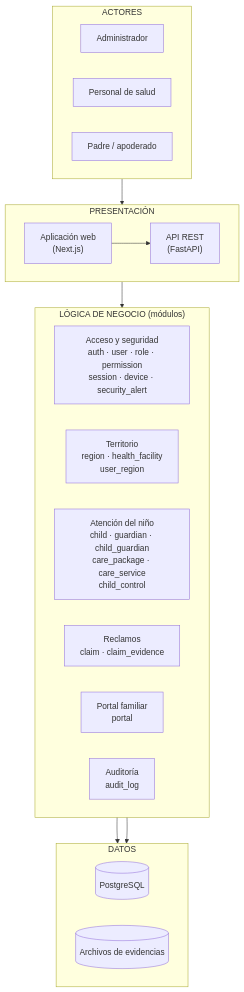
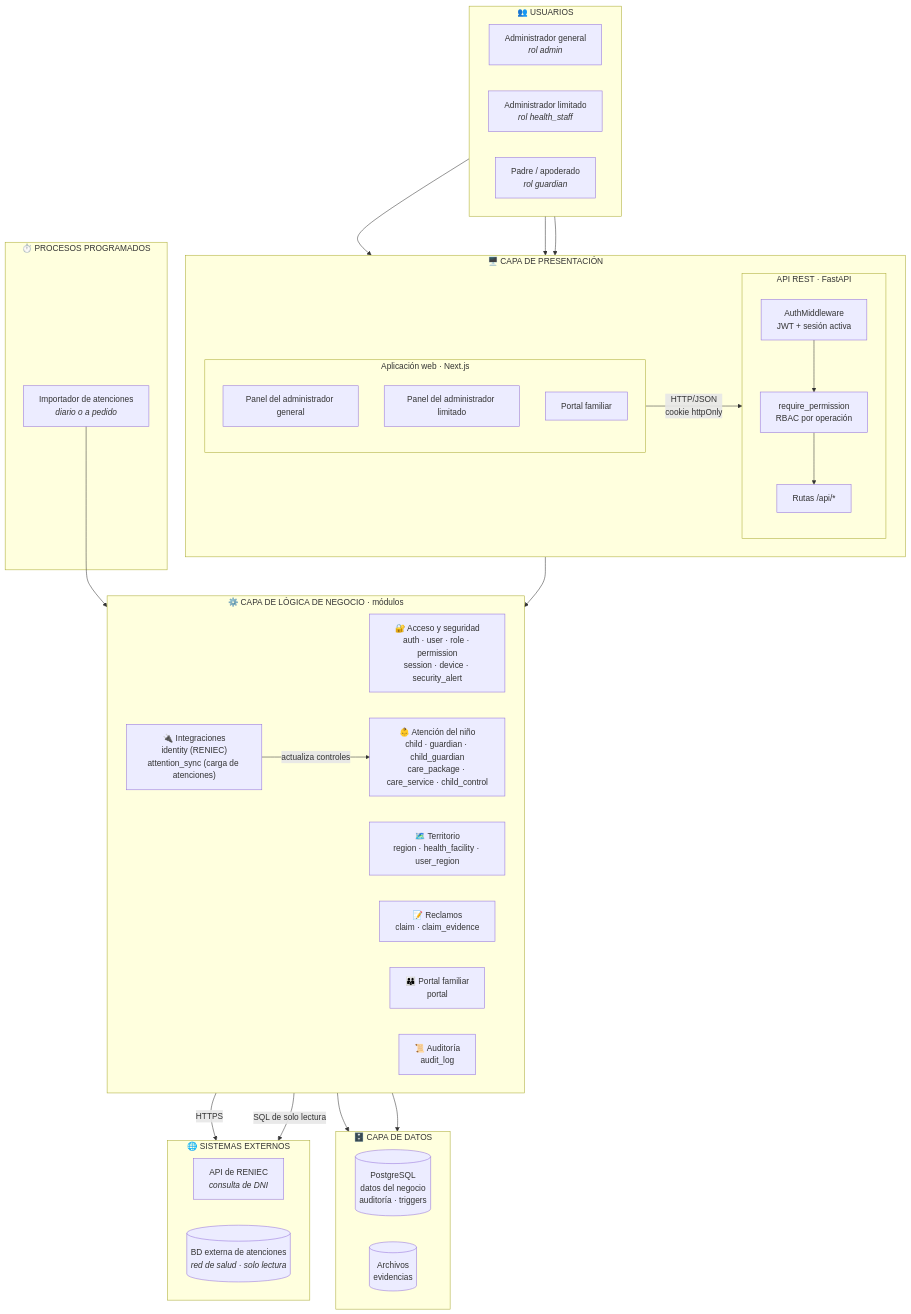
Before and after one commit to germanAmiqueroPeralta/SPRINT1: the diagram in docs/02-arquitectura-de-software/01-arquitectura-inicial.md, drawn with Mermaid. The commit also changed other lines of this file and 19 other files, not shown here.

````diff
--- a/docs/02-arquitectura-de-software/01-arquitectura-inicial.md
+++ b/docs/02-arquitectura-de-software/01-arquitectura-inicial.md
@@ -5,37 +5,65 @@
 ```mermaid
-flowchart TD
-    subgraph ACTORES["ACTORES"]
+flowchart TB
+    subgraph USUARIOS["👥 USUARIOS"]
         direction LR
-        Admin["Administrador"]
-        Staff["Personal de salud"]
-        Padre["Padre / apoderado"]
+        AG["Administrador general<br/><i>rol admin</i>"]
+        AL["Administrador limitado<br/><i>rol health_staff</i>"]
+        PA["Padre / apoderado<br/><i>rol guardian</i>"]
     end
 
-    subgraph PRESENTACION["PRESENTACIÓN"]
+    subgraph PRESENTACION["🖥️ CAPA DE PRESENTACIÓN"]
         direction LR
-        Web["Aplicación web<br/>(Next.js)"]
-        API["API REST<br/>(FastAPI)"]
+        subgraph WEB["Aplicación web · Next.js"]
+            direction TB
+            W1["Panel del administrador general"]
+            W2["Panel del administrador limitado"]
+            W3["Portal familiar"]
+        end
+        subgraph APIREST["API REST · FastAPI"]
+            direction TB
+            SEG["AuthMiddleware<br/>JWT + sesión activa"]
+            PER["require_permission<br/>RBAC por operación"]
+            RUT["Rutas /api/*"]
+            SEG --> PER --> RUT
+        end
+        WEB -->|"HTTP/JSON<br/>cookie httpOnly"| SEG
     end
 
-    subgraph NEGOCIO["LÓGICA DE NEGOCIO (módulos)"]
+    subgraph NEGOCIO["⚙️ CAPA DE LÓGICA DE NEGOCIO · módulos"]
         direction LR
-        Acceso["Acceso y seguridad<br/>auth · user · role · permission<br/>session · device · security_alert"]
-        Territorio["Territorio<br/>region · health_facility<br/>user_region"]
-        Atencion["Atención del niño<br/>child · guardian · child_guardian<br/>care_package · care_service<br/>child_control"]
-        Reclamos["Reclamos<br/>claim · claim_evidence"]
-        Portal["Portal familiar<br/>portal"]
-        Auditoria["Auditoría<br/>audit_log"]
+        ACC["🔐 Acceso y seguridad<br/>auth · user · role · permission<br/>session · device · security_alert"]
+        TER["🗺️ Territorio<br/>region · health_facility · user_region"]
+        ATE["👶 Atención del niño<br/>child · guardian · child_guardian<br/>care_package · care_service · child_control"]
+        REC["📝 Reclamos<br/>claim · claim_evidence"]
+        POR["👪 Portal familiar<br/>portal"]
+        INT["🔌 Integraciones<br/>identity (RENIEC)<br/>attention_sync (carga de atenciones)"]
+        AUD["📜 Auditoría<br/>audit_log"]
     end
 
-    subgraph DATOS["DATOS"]
-        direction LR
-        BD[("PostgreSQL")]
-        Archivos[("Archivos de evidencias")]
+    subgraph PROCESOS["⏱️ PROCESOS PROGRAMADOS"]
+        IMP["Importador de atenciones<br/><i>diario o a pedido</i>"]
     end
 
-    ACTORES --> Web
-    Web --> API
-    API --> NEGOCIO
+    subgraph DATOS["🗄️ CAPA DE DATOS"]
+        direction LR
+        BD[("PostgreSQL<br/>datos del negocio<br/>auditoría · triggers")]
+        FS[("Archivos<br/>evidencias")]
+    end
+
+    subgraph EXTERNOS["🌐 SISTEMAS EXTERNOS"]
+        direction LR
+        RENIEC["API de RENIEC<br/><i>consulta de DNI</i>"]
+        BDEXT[("BD externa de atenciones<br/><i>red de salud · solo lectura</i>")]
+    end
+
+    AG --> W1
+    AL --> W2
+    PA --> W3
+    RUT --> NEGOCIO
     NEGOCIO --> BD
-    Reclamos --> Archivos
+    REC --> FS
+    INT -->|"HTTPS"| RENIEC
+    IMP --> INT
+    INT -->|"SQL de solo lectura"| BDEXT
+    INT -->|"actualiza controles"| ATE
 ```
````
